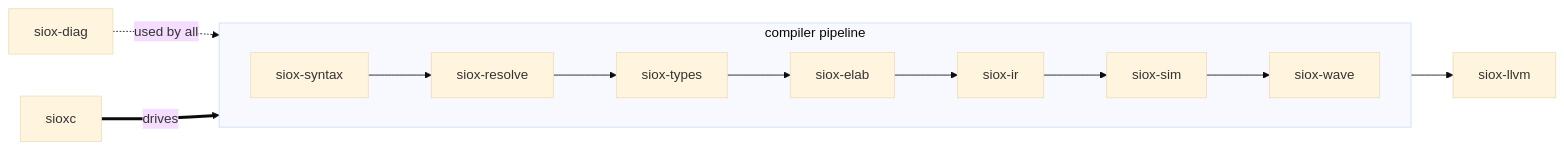
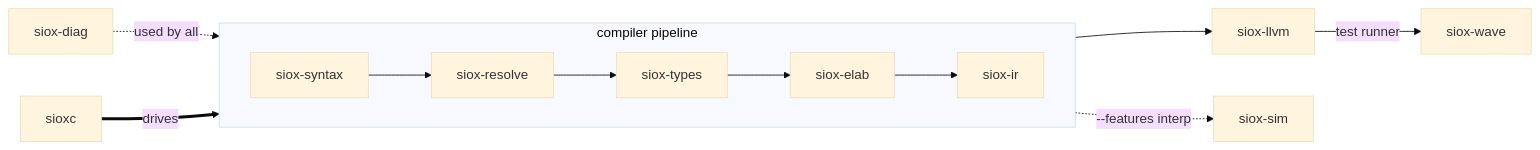
The first of 2 diagrams in docs/architecture.md (Siox-lang/sioxc), drawn with Mermaid (base theme) before and after one commit. The commit also changed other lines of this file and 1 other file, not shown here.

Commit message:
docs: fix pipeline graphs — LLVM is the engine, sim is the oracle
The README and architecture mermaid diagrams still showed siox-sim as the main
path feeding siox-wave. Redraw: IR -> siox-llvm (execution engine) -> test
runner -> #[test] results + traced VCD; the siox-sim interpreter is a dashed
side branch (differential oracle, --features interp).

Claude-Session: https://claude.ai/code/session_01UcC8UBzP4o7YvgZrpNVHjL

````diff
--- a/docs/architecture.md
+++ b/docs/architecture.md
@@ -8,10 +8,12 @@
 ```mermaid
 flowchart LR
     subgraph pipeline [compiler pipeline]
         direction LR
-        SY[siox-syntax] --> RE[siox-resolve] --> TY[siox-types] --> EL[siox-elab] --> IR[siox-ir] --> SI[siox-sim] --> WA[siox-wave]
+        SY[siox-syntax] --> RE[siox-resolve] --> TY[siox-types] --> EL[siox-elab] --> IR[siox-ir]
     end
     IR --> LL[siox-llvm]
+    LL -->|test runner| WA[siox-wave]
+    IR -. "--features interp" .-> SI[siox-sim]
     DIAG[siox-diag] -. used by all .-> pipeline
     CLI[sioxc] == drives ==> pipeline
 ```
````
